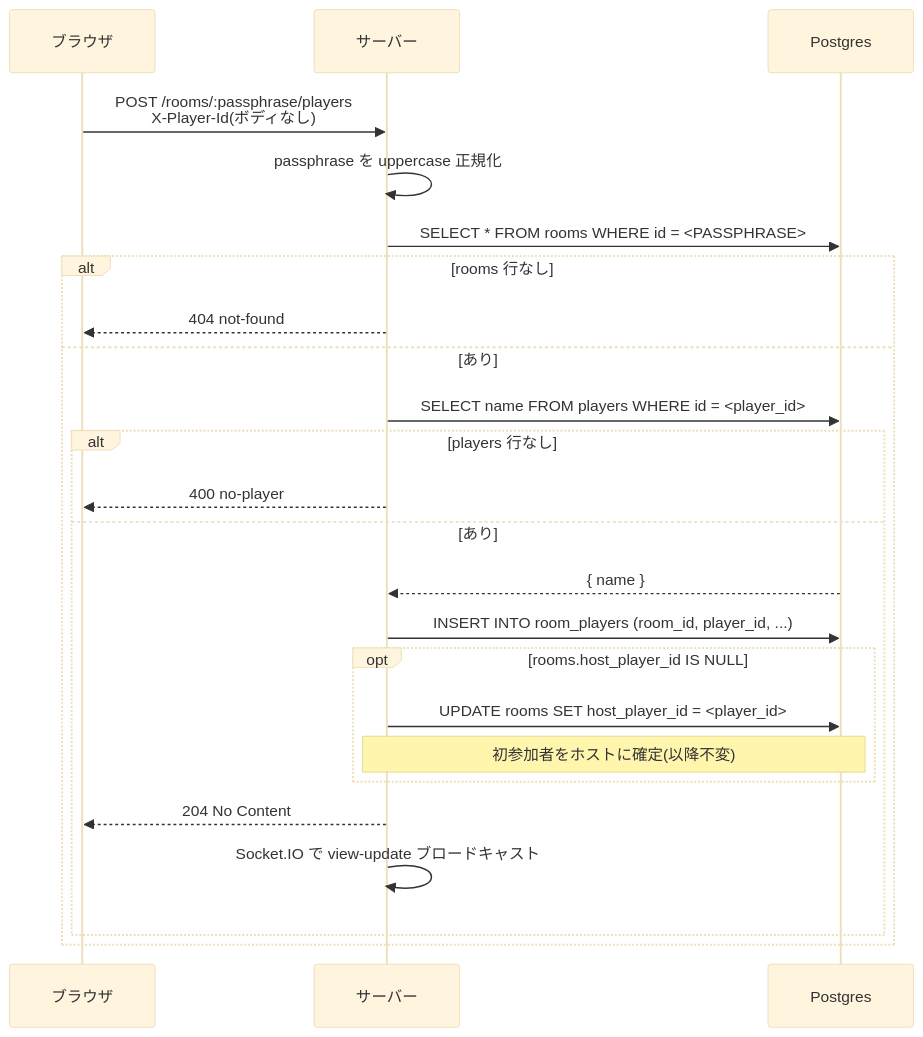
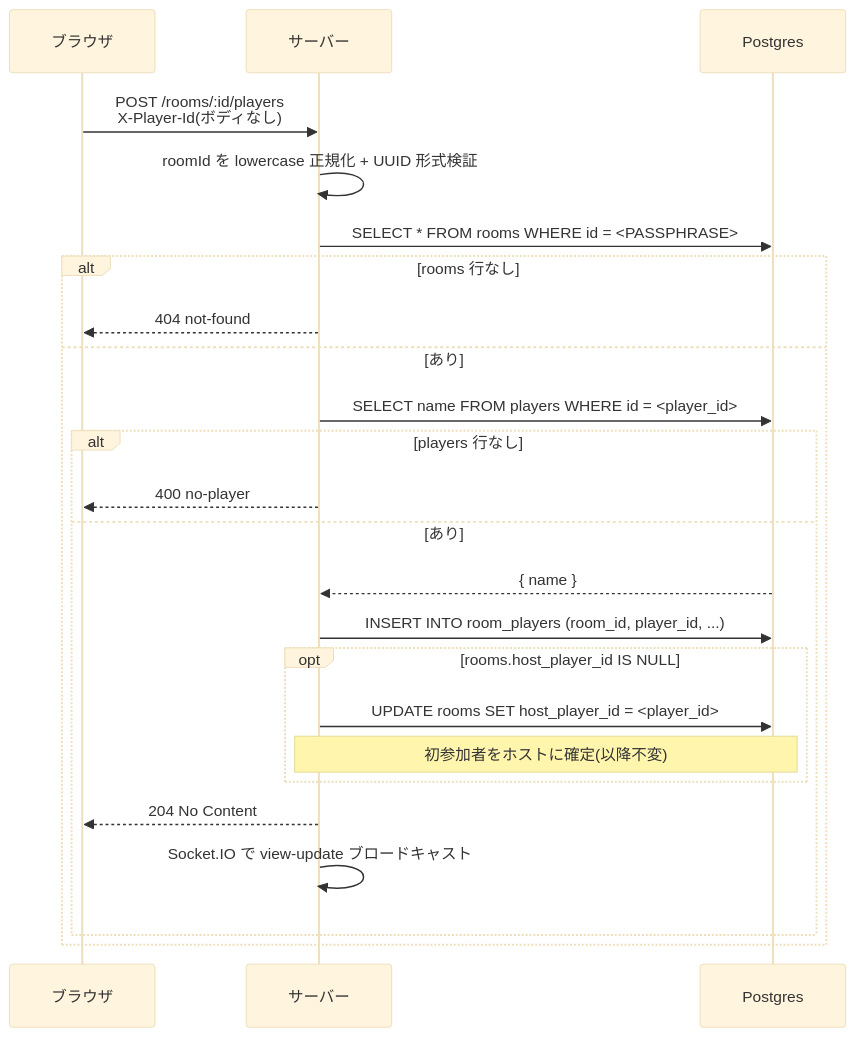
One commit to calm1205/bluff-auction changed the fourth of 5 diagrams in docs/design/06_authentication.md. Above: the diagram before and after it, drawn with Mermaid (base theme).

Commit message:
chore: auto-commit by Claude Code

````diff
--- a/docs/design/06_authentication.md
+++ b/docs/design/06_authentication.md
@@ -147,27 +147,27 @@
 ```mermaid
 sequenceDiagram
     participant B as ブラウザ
     participant S as サーバー
     participant DB as Postgres
 
-    B->>S: POST /rooms/:passphrase/players<br/>X-Player-Id(ボディなし)
-    S->>S: passphrase を uppercase 正規化
+    B->>S: POST /rooms/:id/players<br/>X-Player-Id(ボディなし)
+    S->>S: roomId を lowercase 正規化 + UUID 形式検証
     S->>DB: SELECT * FROM rooms WHERE id = <PASSPHRASE>
     alt rooms 行なし
         S-->>B: 404 not-found
     else あり
         S->>DB: SELECT name FROM players WHERE id = <player_id>
         alt players 行なし
             S-->>B: 400 no-player
         else あり
             DB-->>S: { name }
             S->>DB: INSERT INTO room_players (room_id, player_id, ...)
             opt rooms.host_player_id IS NULL
                 S->>DB: UPDATE rooms SET host_player_id = <player_id>
                 Note over S,DB: 初参加者をホストに確定(以降不変)
             end
             S-->>B: 204 No Content
             S->>S: Socket.IO で view-update ブロードキャスト
         end
     end
 ```
````
